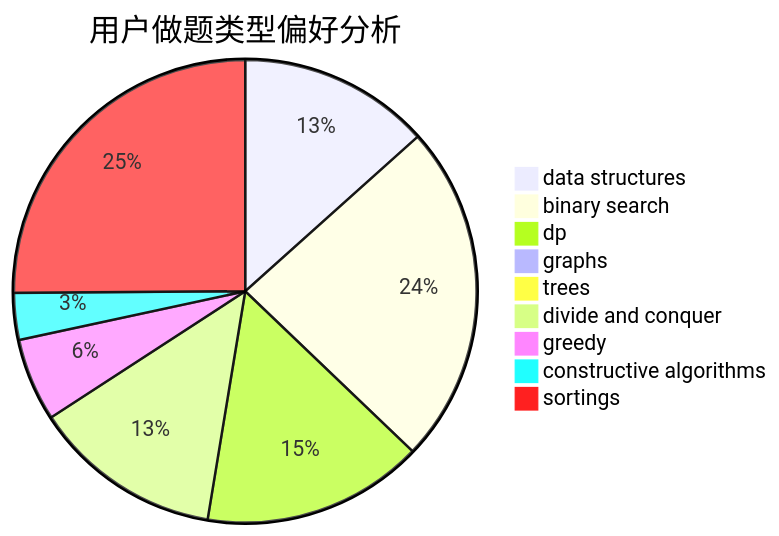
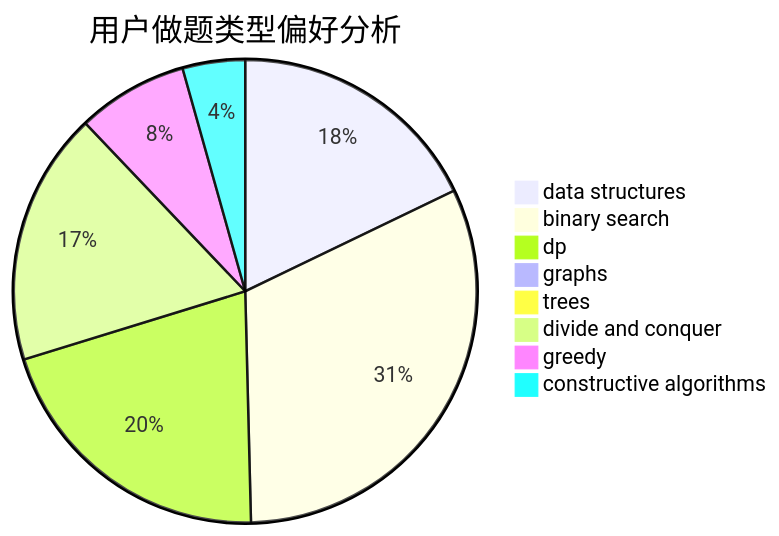
The second of 3 diagrams in docs/user/u535.md (sherpahu/cfrs.github.io), drawn with Mermaid before and after one commit. The commit also changed other lines of this file and 2769 other files, not shown here.

````diff
--- a/docs/user/u535.md
+++ b/docs/user/u535.md
@@ -18,12 +18,11 @@
 ```mermaid
 pie title 用户做题类型偏好分析
     "data structures" :  90
     "binary search" :  160
     "dp" :  104
     "graphs" :  0
     "trees" :  5
     "divide and conquer" :  89
     "greedy" :  39
     "constructive algorithms" :  22
-    "sortings" :  169
 ```
````
